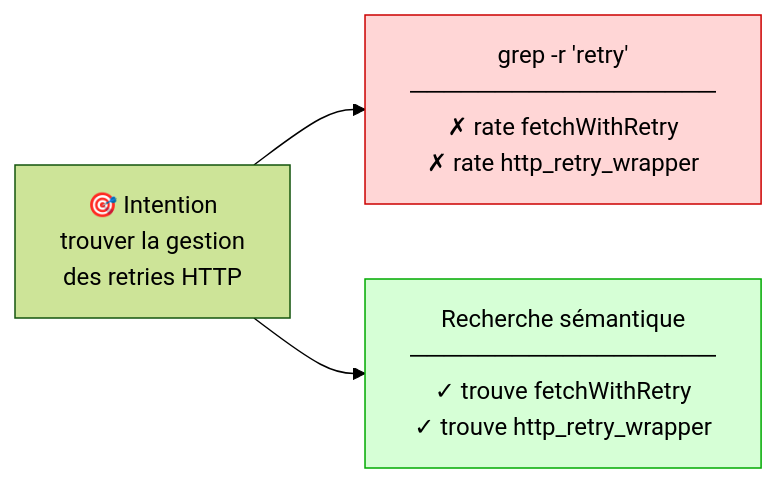
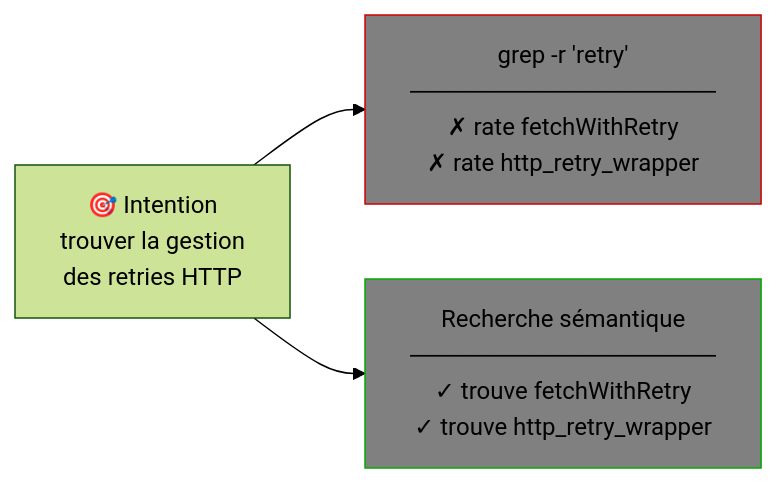
Before and after one commit to Lichens-Innovation/ai-dev-tools: the first of 11 diagrams in incubator/code-crawler/docs/PRESENTATION.md, drawn with Mermaid (forest theme). The commit also changed other lines of this file and 2 other files, not shown here.

````diff
--- a/incubator/code-crawler/docs/PRESENTATION.md
+++ b/incubator/code-crawler/docs/PRESENTATION.md
@@ -37,8 +37,8 @@
 ```mermaid
 flowchart LR
     I["🎯 Intention\ntrouver la gestion\ndes retries HTTP"]
     I --> G["grep -r 'retry'\n──────────────────\n✗ rate fetchWithRetry\n✗ rate http_retry_wrapper"]
     I --> S["Recherche sémantique\n──────────────────\n✓ trouve fetchWithRetry\n✓ trouve http_retry_wrapper"]
-    style G fill:#ffd6d6,stroke:#cc0000,color:#000
-    style S fill:#d6ffd6,stroke:#00aa00,color:#000
+    style G fill:grey,stroke:#cc0000,color:#000
+    style S fill:grey,stroke:#00aa00,color:#000
 ```
````
